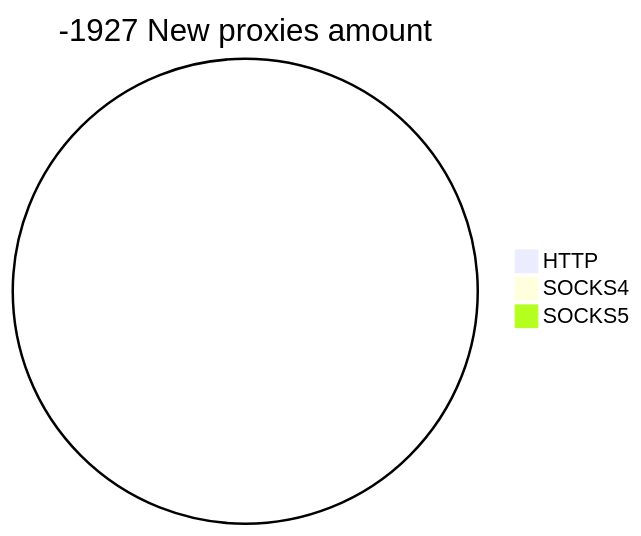
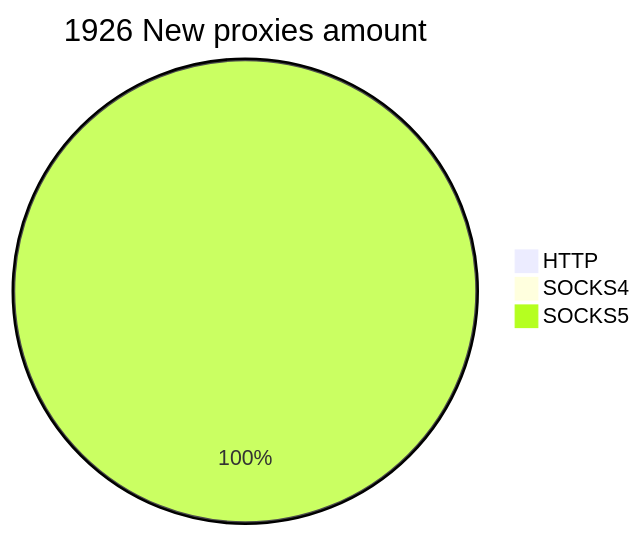
One commit to cutipu/proxylist changed the second of 2 diagrams in README.md. Above: the diagram before and after it, drawn with Mermaid. The commit also changed other lines of this file, not shown here.

````diff
--- a/README.md
+++ b/README.md
@@ -10,6 +10,6 @@
 ```mermaid
-pie title -1927 New proxies amount
+pie title 1926 New proxies amount
     "HTTP" : 0
     "SOCKS4" : 0
-    "SOCKS5" : 0
+    "SOCKS5" : 1927
 ```
````
